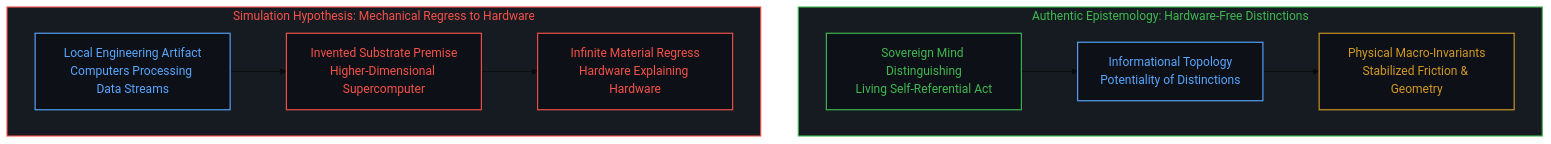
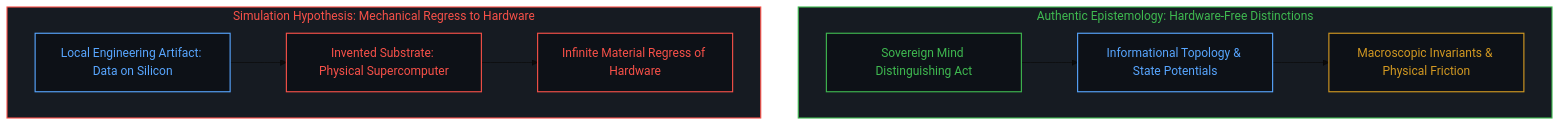
Before and after one commit to powerpig99/not-a-toe: the second of 10 diagrams in content/posts/all-that-can-be-spoken-is-the-product-of-the-unspeakable.md, drawn with Mermaid (base theme). The commit also changed other lines of this file and 8 other files, not shown here.

````diff
--- a/content/posts/all-that-can-be-spoken-is-the-product-of-the-unspeakable.md
+++ b/content/posts/all-that-can-be-spoken-is-the-product-of-the-unspeakable.md
@@ -41,25 +49,25 @@
 ```mermaid
 graph TD
     classDef default fill:#0d1117,stroke:#30363d,stroke-width:1px,color:#f0f6fc;
     classDef mind fill:#0d1117,stroke:#3fb950,stroke-width:1.5px,color:#3fb950;
     classDef failure fill:#0d1117,stroke:#f85149,stroke-width:1.5px,color:#f85149;
     classDef scaffold fill:#0d1117,stroke:#d29922,stroke-width:1.5px,color:#d29922;
     classDef model fill:#0d1117,stroke:#58a6ff,stroke-width:1.5px,color:#58a6ff;
 
     subgraph S_True_EN ["Authentic Epistemology: Hardware-Free Distinctions"]
-        ME1["Sovereign Mind Distinguishing<br/>Living Self-Referential Act"]:::mind
-        ME2["Informational Topology<br/>Potentiality of Distinctions"]:::model
-        ME3["Physical Macro-Invariants<br/>Stabilized Friction & Geometry"]:::scaffold
+        ME1["Sovereign Mind Distinguishing Act"]:::mind
+        ME2["Informational Topology & State Potentials"]:::model
+        ME3["Macroscopic Invariants & Physical Friction"]:::scaffold
         ME1 --> ME2 --> ME3
     end
 
     subgraph S_Fallacy_EN ["Simulation Hypothesis: Mechanical Regress to Hardware"]
-        FE1["Local Engineering Artifact<br/>Computers Processing Data Streams"]:::model
-        FE2["Invented Substrate Premise<br/>Higher-Dimensional Supercomputer"]:::failure
-        FE3["Infinite Material Regress<br/>Hardware Explaining Hardware"]:::failure
+        FE1["Local Engineering Artifact: Data on Silicon"]:::model
+        FE2["Invented Substrate: Physical Supercomputer"]:::failure
+        FE3["Infinite Material Regress of Hardware"]:::failure
         FE1 --> FE2 --> FE3
     end
 
     style S_True_EN fill:#161b22,stroke:#3fb950,stroke-width:1.5px,color:#3fb950
     style S_Fallacy_EN fill:#161b22,stroke:#f85149,stroke-width:1.5px,color:#f85149
 ```
````
